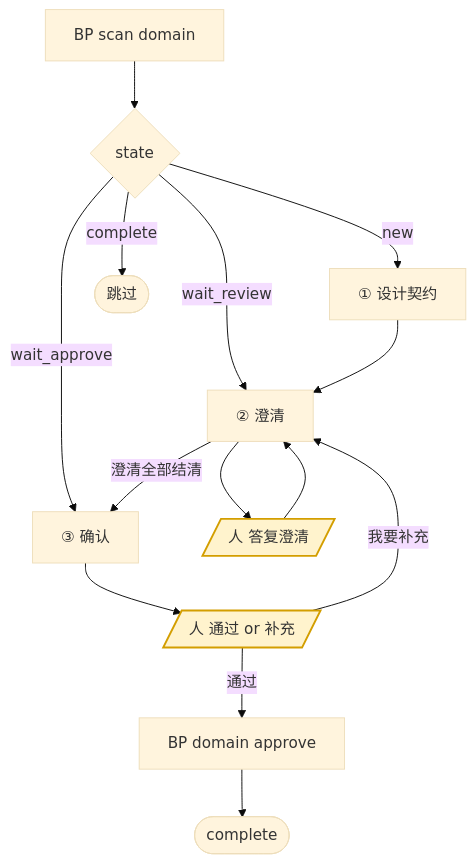
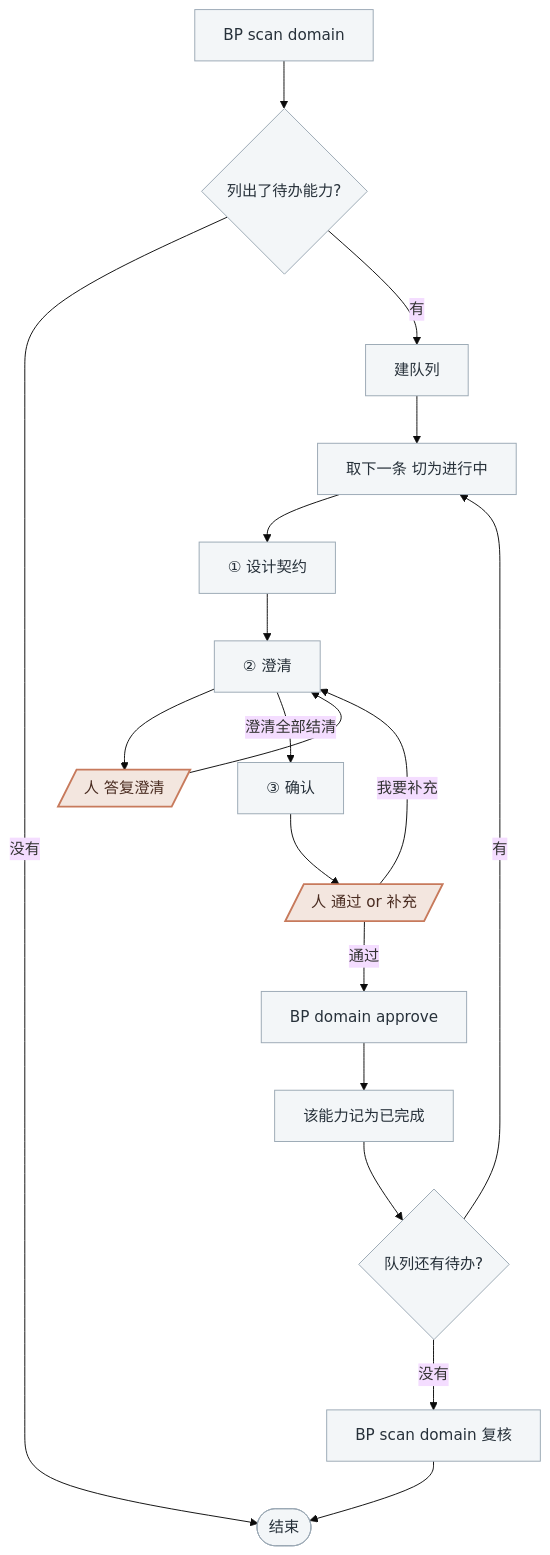
One commit to chxt100016/blueprint changed the diagram in skills/blueprint/assets/skills/domain.md. Above: the diagram before and after it, drawn with Mermaid (base theme). The commit also changed other lines of this file and 50 other files, not shown here.

````diff
--- a/skills/blueprint/assets/skills/domain.md
+++ b/skills/blueprint/assets/skills/domain.md
@@ -46,19 +50,23 @@
 ```mermaid
 flowchart TD
-    A[BP scan domain] --> B{state}
-    B -->|new| C[① 设计契约]
-    B -->|wait_review| D[② 澄清]
-    B -->|wait_approve| E[③ 确认]
-    B -->|complete| F([跳过])
-    C --> D
-    D --> P1[/人 答复澄清/]
-    P1 --> D
-    D -->|澄清全部结清| E
-    E --> P2[/人 通过 or 补充/]
-    P2 -->|我要补充| D
-    P2 -->|通过| G[BP domain approve]
-    G --> H([complete])
+    S1[BP scan domain] --> S2{列出了待办能力?}
+    S2 -->|没有| ZZ([结束])
+    S2 -->|有| S3[建队列]
+    S3 --> S4[取下一条 切为进行中]
+    S4 --> B[① 设计契约]
+    B --> C[② 澄清]
+    C --> P1[/人 答复澄清/]
+    P1 --> C
+    C -->|澄清全部结清| D[③ 确认]
+    D --> P2[/人 通过 or 补充/]
+    P2 -->|我要补充| C
+    P2 -->|通过| E[BP domain approve]
+    E --> S5[该能力记为已完成]
+    S5 --> S6{队列还有待办?}
+    S6 -->|有| S4
+    S6 -->|没有| V[BP scan domain 复核] --> ZZ
 
-    classDef human fill:#fff3cd,stroke:#d39e00,stroke-width:2px
+    classDef default fill:#f3f6f8,stroke:#9aa8b4,color:#27313a
+    classDef human fill:#f3e6df,stroke:#c77a5c,color:#4a2c21,stroke-width:2px
     class P1,P2 human
 ```
````
